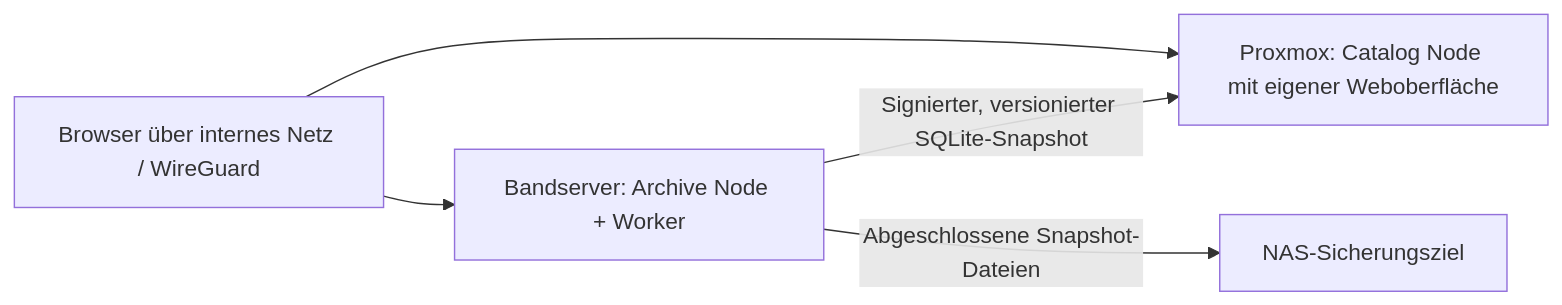
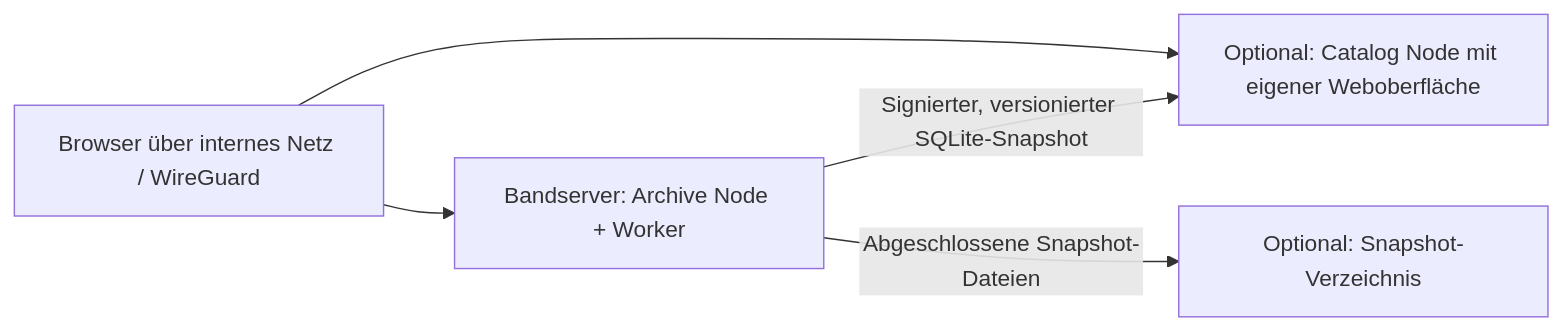
Before and after one commit to MichaelH1981/opentape-archive-manager: the diagram in docs/web.md, drawn with Mermaid. The commit also changed other lines of this file and 15 other files, not shown here.

Commit message:
Make catalog publication targets optional and configurable in the web console

````diff
--- a/docs/web.md
+++ b/docs/web.md
@@ -45,7 +45,7 @@
 ```mermaid
 flowchart LR
     UI[Browser über internes Netz / WireGuard] --> A[Bandserver: Archive Node + Worker]
-    UI --> C[Proxmox: Catalog Node mit eigener Weboberfläche]
+    UI --> C[Optional: Catalog Node mit eigener Weboberfläche]
     A -->|Signierter, versionierter SQLite-Snapshot| C
-    A -->|Abgeschlossene Snapshot-Dateien| N[NAS-Sicherungsziel]
+    A -->|Abgeschlossene Snapshot-Dateien| N[Optional: Snapshot-Verzeichnis]
 ```
````
